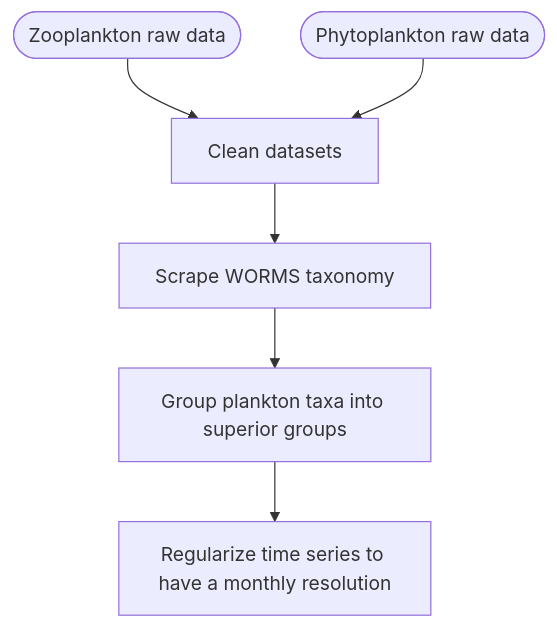
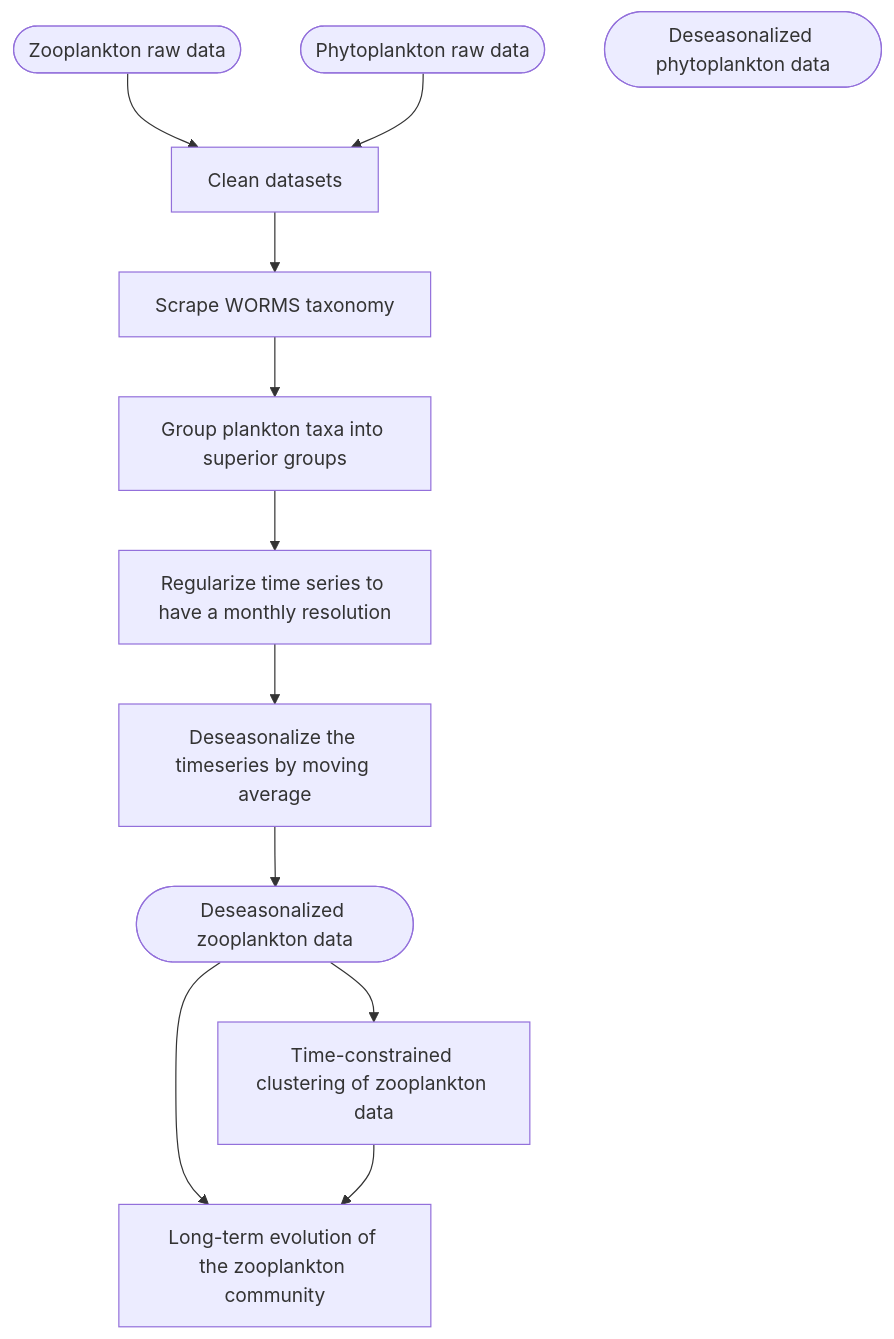
The diagram in flowchart.md (lucienbastin/Gravelines_plankton_resilience_paper), drawn with Mermaid before and after one commit.

Commit message:
Update flowchart

````diff
--- a/flowchart.md
+++ b/flowchart.md
@@ -5,25 +5,41 @@
 ```mermaid
 flowchart TD
   zooplankton-raw-data([Zooplankton raw data])
   click zooplankton-raw-data "https://gitlab.com/lucien_bastin/Gravelines_plankton_resilience_paper/-/blob/master/Data/Raw/DOME_ZP_IGA_GRAVELINES_Ready_version_2024.csv"
 
   phytoplankton-raw-data([Phytoplankton raw data])
   click phytoplankton-raw-data "https://gitlab.com/lucien_bastin/Gravelines_plankton_resilience_paper/-/blob/master/Data/Raw/DOME_PP_IGA_GRAVELINES_Ready_version_2024.csv"
 
   clean-datasets[Clean datasets]
   click clean-datasets "https://gitlab.com/lucien_bastin/Gravelines_plankton_resilience_paper/-/blob/master/Output/Notebooks/01_clean_data.md"
 
   scrape-worms-taxo[Scrape WORMS taxonomy]
   click scrape-worms-taxo "https://gitlab.com/lucien_bastin/Gravelines_plankton_resilience_paper/-/blob/master/Output/Notebooks/02_scrape_WORMS_taxonomy.md"
 
   group-plankton-taxa[Group plankton taxa into superior groups]
   click group-plankton-taxa "https://gitlab.com/lucien_bastin/Gravelines_plankton_resilience_paper/-/blob/master/Output/Notebooks/03_taxonomic_grouping.md"
 
   regularize-timeseries[Regularize time series to have a monthly resolution]
   click regularize-timeseries "https://gitlab.com/lucien_bastin/Gravelines_plankton_resilience_paper/-/blob/master/Output/Notebooks/05_regularize_to_month.md"
 
+  deseasonalize-timeseries[Deseasonalize the timeseries by moving average]
+  click deseasonalize-timeseries "https://gitlab.com/lucien_bastin/Gravelines_plankton_resilience_paper/-/blob/master/Output/Notebooks/06_deseasonalization.md"
+
+  zooplankton-deseasonalized-data([Deseasonalized zooplankton data])
+  phytoplankton-deseasonalized-data([Deseasonalized phytoplankton data])
+
+  longterm-zooplankton-clustering[Time-constrained clustering of zooplankton data]
+  click longterm-zooplankton-clustering "https://gitlab.com/lucien_bastin/Gravelines_plankton_resilience_paper/-/blob/master/Output/Notebooks/0zooplankton_longterm_clustering.md"
+
+  longterm-zooplankton-trajectory[Long-term evolution of the zooplankton community]
+  click longterm-zooplankton-trajectory "https://gitlab.com/lucien_bastin/Gravelines_plankton_resilience_paper/-/blob/master/Output/Notebooks/zooplankton_longterm_trajectory.md"
+
   zooplankton-raw-data & phytoplankton-raw-data --> clean-datasets
   clean-datasets --> scrape-worms-taxo
   scrape-worms-taxo --> group-plankton-taxa
   group-plankton-taxa --> regularize-timeseries
+  regularize-timeseries --> deseasonalize-timeseries
+  deseasonalize-timeseries --> zooplankton-deseasonalized-data
+  zooplankton-deseasonalized-data --> longterm-zooplankton-clustering
+  zooplankton-deseasonalized-data & longterm-zooplankton-clustering --> longterm-zooplankton-trajectory
 ```
````
